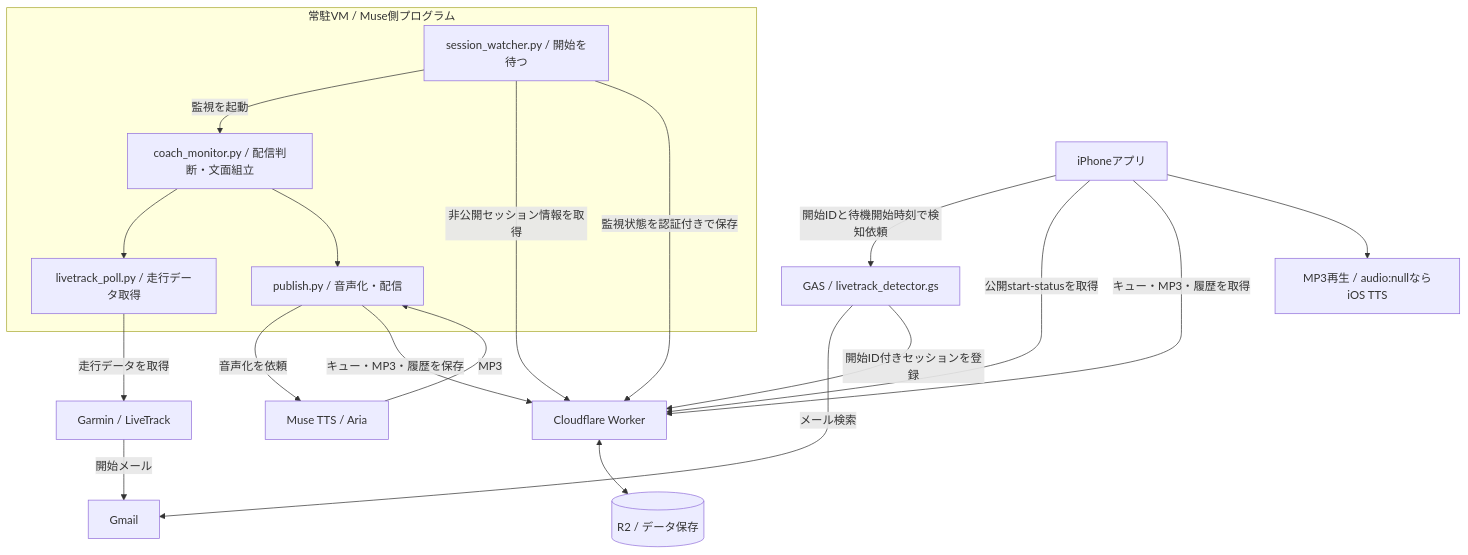
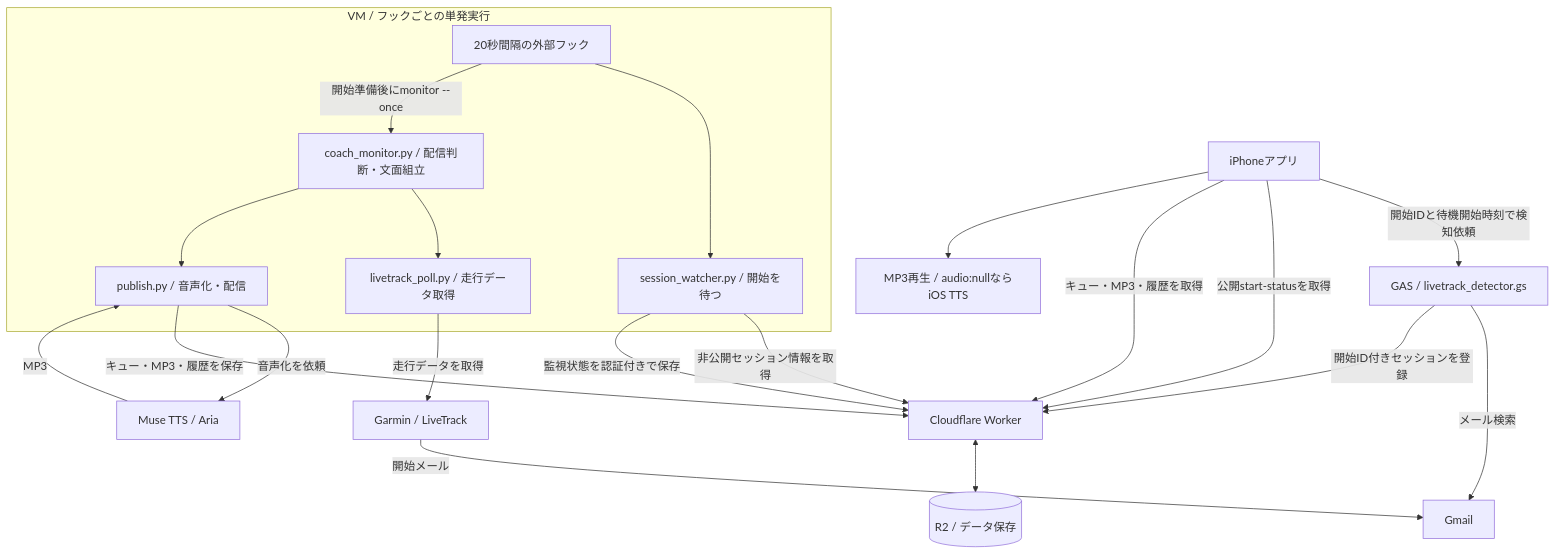
Before and after one commit to comeonyama/voice-coach-for-muse: the first of 4 diagrams in docs/system-and-data-flow.md, drawn with Mermaid. The commit also changed other lines of this file and 10 other files, not shown here.

````diff
--- a/docs/system-and-data-flow.md
+++ b/docs/system-and-data-flow.md
@@ -17,26 +17,27 @@
 ```mermaid
 flowchart TB
   Garmin[Garmin / LiveTrack] -->|開始メール| Gmail[Gmail]
   Phone[iPhoneアプリ] -->|開始IDと待機開始時刻で検知依頼| GAS[GAS / livetrack_detector.gs]
   GAS -->|メール検索| Gmail
   GAS -->|開始ID付きセッションを登録| Worker[Cloudflare Worker]
-  subgraph VM[常駐VM / Muse側プログラム]
+  subgraph VM[VM / フックごとの単発実行]
     Watcher[session_watcher.py / 開始を待つ]
     Monitor[coach_monitor.py / 配信判断・文面組立]
     Poll[livetrack_poll.py / 走行データ取得]
     Publish[publish.py / 音声化・配信]
-    Watcher -->|監視を起動| Monitor
+    Hook[20秒間隔の外部フック] --> Watcher
+    Hook -->|開始準備後にmonitor --once| Monitor
     Monitor --> Poll
     Monitor --> Publish
   end
   Watcher -->|非公開セッション情報を取得| Worker
   Watcher -->|監視状態を認証付きで保存| Worker
   Phone -->|公開start-statusを取得| Worker
   Poll -->|走行データを取得| Garmin
   Publish -->|音声化を依頼| TTS[Muse TTS / Aria]
   TTS -->|MP3| Publish
   Publish -->|キュー・MP3・履歴を保存| Worker
   Worker <--> R2[(R2 / データ保存)]
   Phone -->|キュー・MP3・履歴を取得| Worker
   Phone --> Playback[MP3再生 / audio:nullならiOS TTS]
 ```
````
